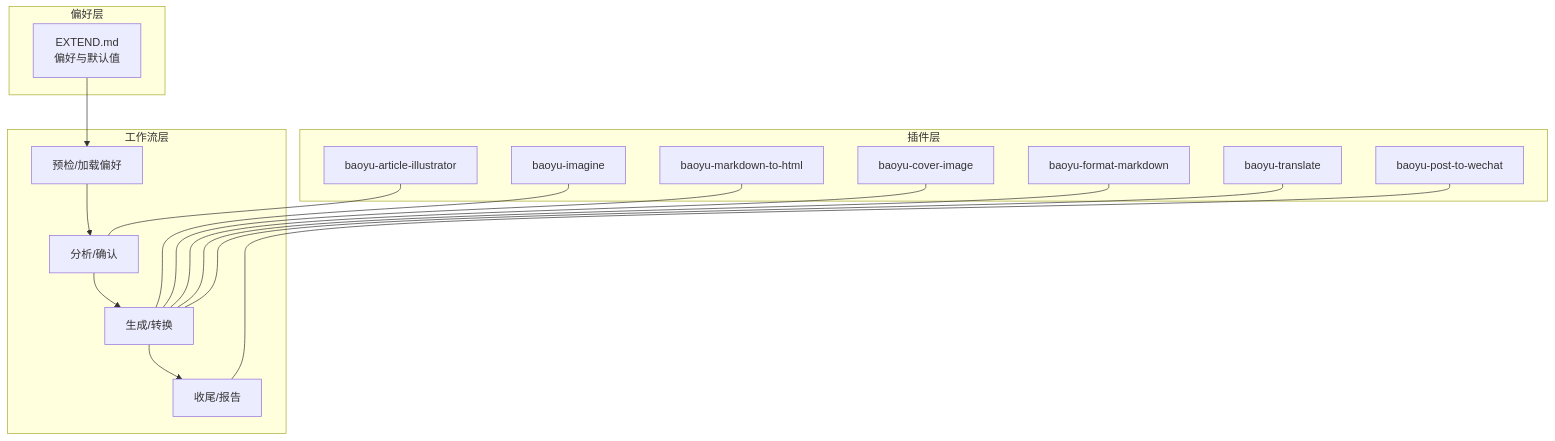
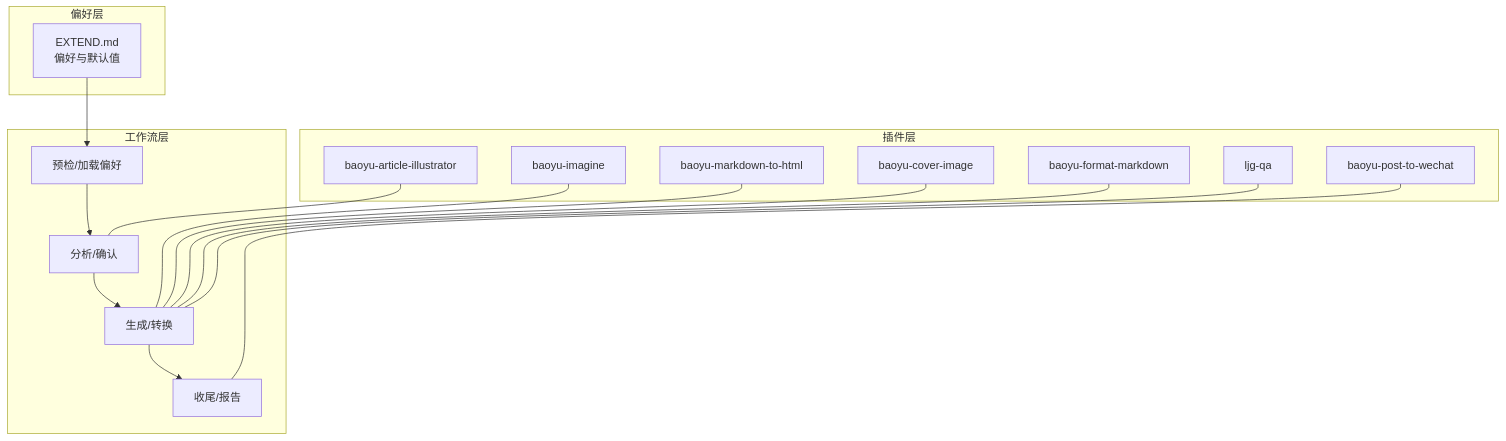
Before and after one commit to NTLx/ntlx.github.io: the second of 5 diagrams in .qoder/repowiki/zh/content/AI 技能系统/技能系统概览.md, drawn with Mermaid. The commit also changed other lines of this file and 8 other files, not shown here.

````diff
--- a/.qoder/repowiki/zh/content/AI 技能系统/技能系统概览.md
+++ b/.qoder/repowiki/zh/content/AI 技能系统/技能系统概览.md
@@ -96,30 +104,30 @@
 ```mermaid
 graph TB
 subgraph "偏好层"
 P1["EXTEND.md<br/>偏好与默认值"]
 end
 subgraph "插件层"
 S1["baoyu-article-illustrator"]
 S2["baoyu-imagine"]
 S3["baoyu-post-to-wechat"]
 S4["baoyu-markdown-to-html"]
 S5["baoyu-cover-image"]
 S6["baoyu-format-markdown"]
-S7["baoyu-translate"]
+S7["ljg-qa"]
 end
 subgraph "工作流层"
 W1["预检/加载偏好"]
 W2["分析/确认"]
 W3["生成/转换"]
 W4["收尾/报告"]
 end
 P1 --> W1
 W1 --> W2 --> W3 --> W4
 S1 --- W2
 S2 --- W3
 S3 --- W4
 S4 --- W3
 S5 --- W3
 S6 --- W3
 S7 --- W3
 ```
````
